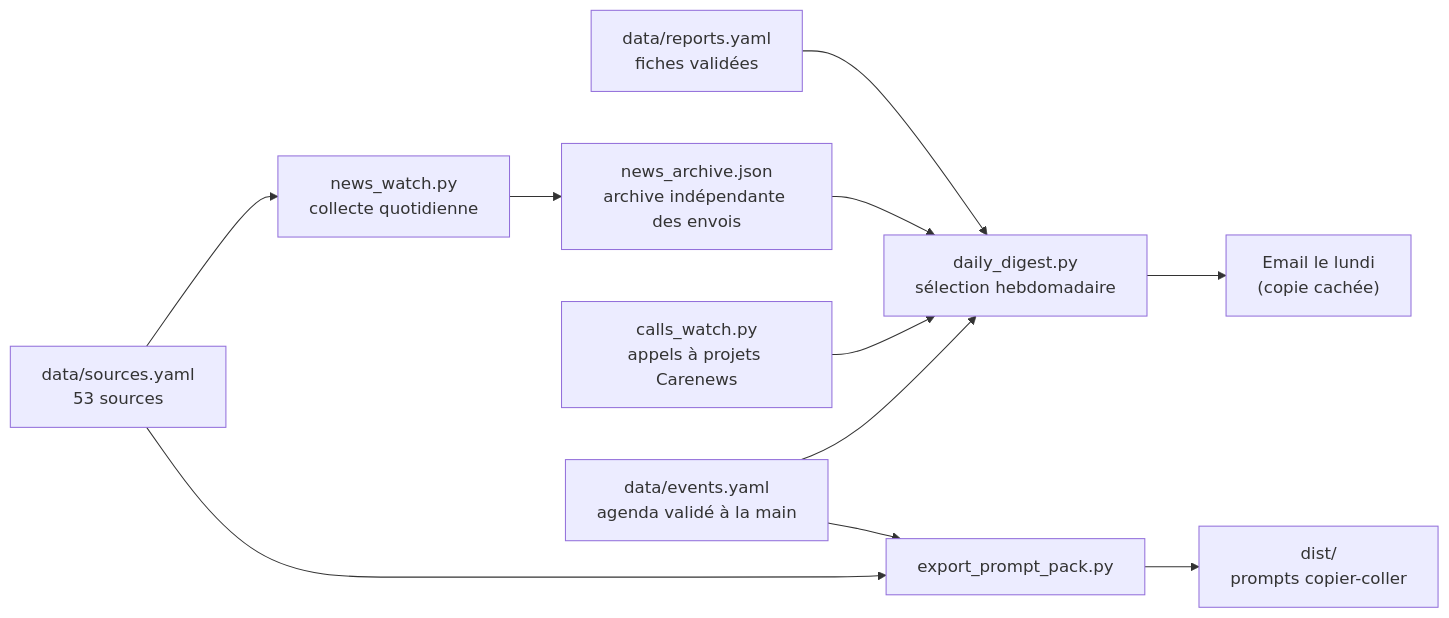
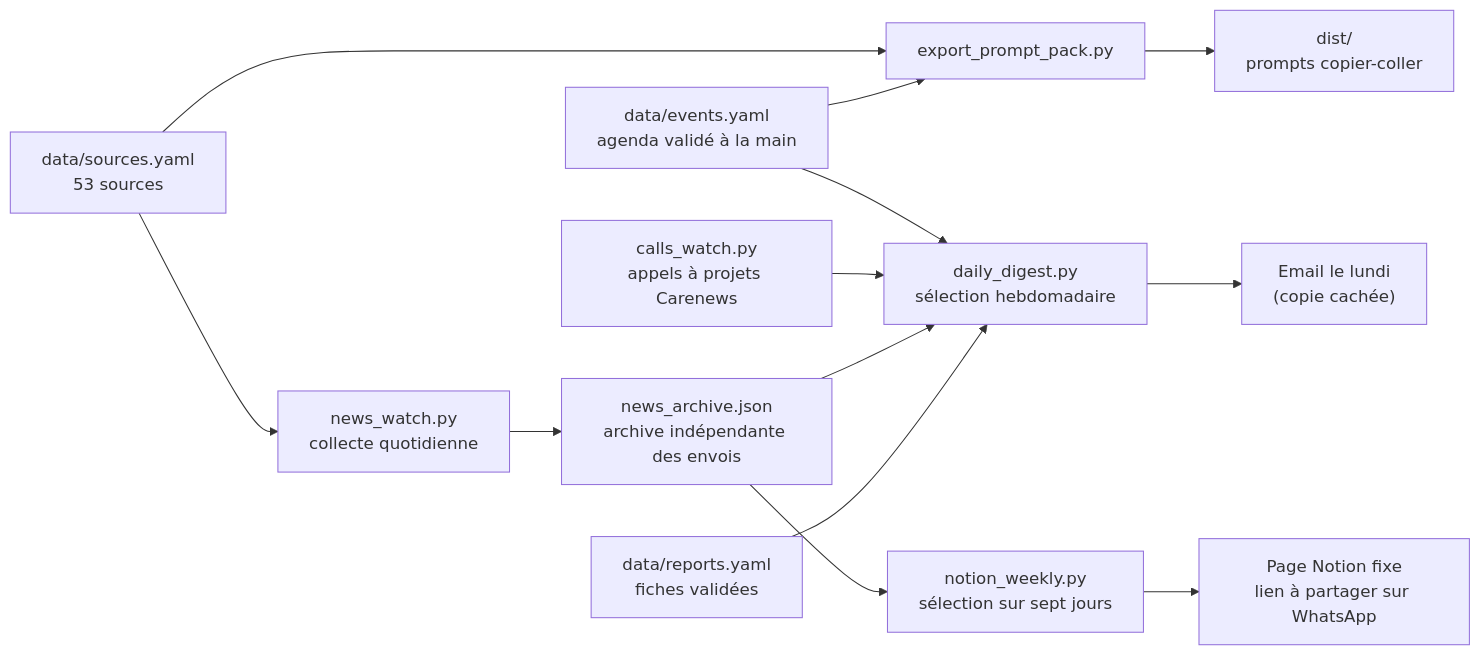
One commit to eplr/veille-nif changed the diagram in README.md. Above: the diagram before and after it, drawn with Mermaid. The commit also changed other lines of this file and 13 other files, not shown here.

First line of the commit message:
Publier la veille hebdomadaire dans une page Notion épurée

````diff
--- a/README.md
+++ b/README.md
@@ -13,13 +14,15 @@
 ```mermaid
 flowchart LR
   S["data/sources.yaml<br/>53 sources"] --> N["news_watch.py<br/>collecte quotidienne"]
   E["data/events.yaml<br/>agenda validé à la main"] --> D
   C["calls_watch.py<br/>appels à projets Carenews"] --> D
   N --> A["news_archive.json<br/>archive indépendante des envois"]
   A --> D["daily_digest.py<br/>sélection hebdomadaire"]
+  A --> Q["notion_weekly.py<br/>sélection sur sept jours"]
+  Q --> F["Page Notion fixe<br/>lien à partager sur WhatsApp"]
   R["data/reports.yaml<br/>fiches validées"] --> D
   D --> M["Email le lundi<br/>(copie cachée)"]
   S --> P["export_prompt_pack.py"]
   E --> P
   P --> V["dist/<br/>prompts copier-coller"]
 ```
````
